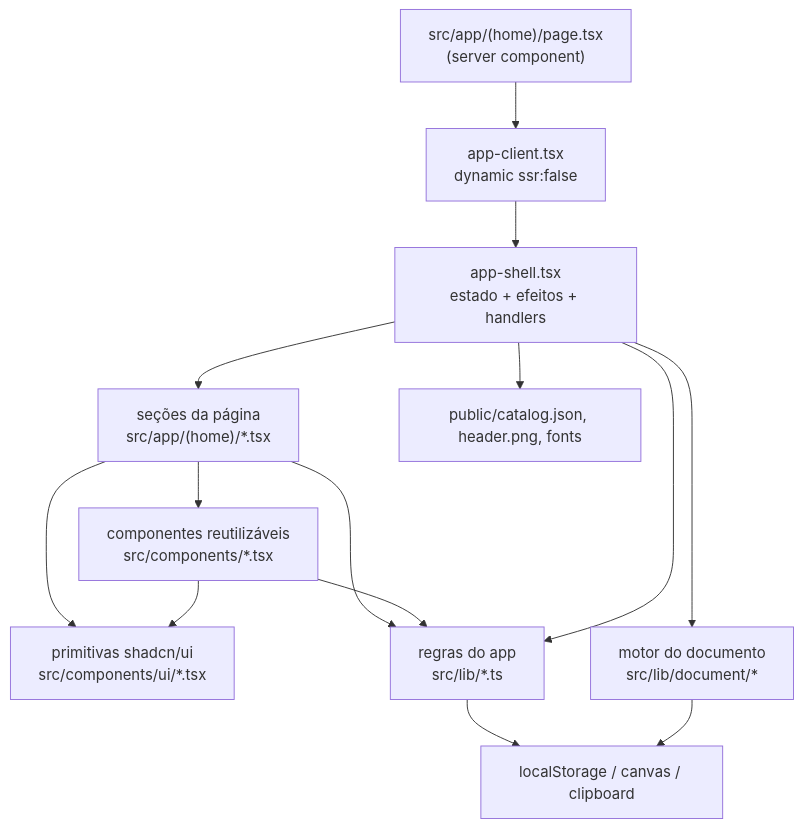
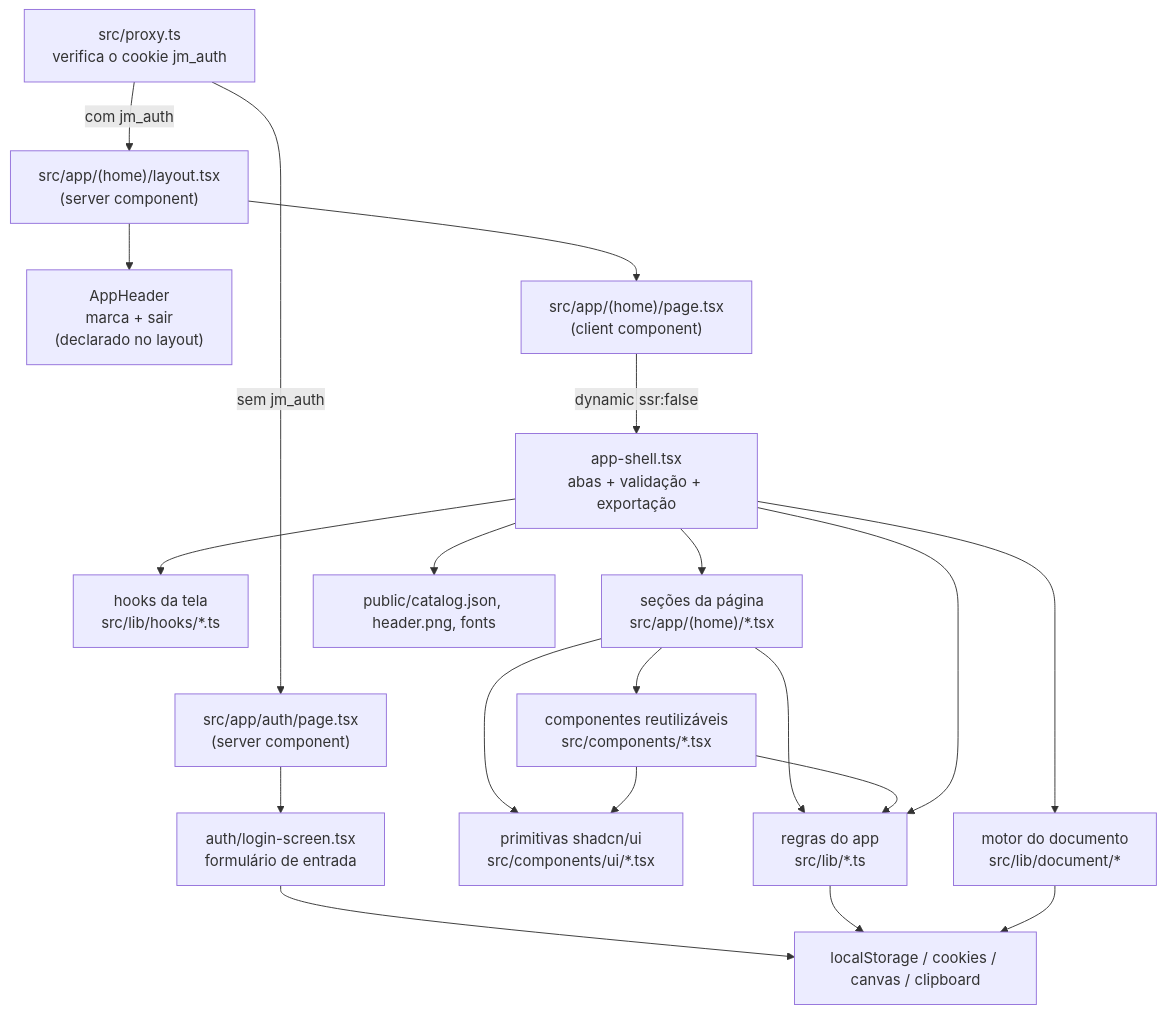
The first of 2 diagrams in docs/ARCHITECTURE.md (mariaamelco/site-para-or-amento), drawn with Mermaid before and after one commit. The commit also changed other lines of this file and 31 other files, not shown here.

Commit message:
fix: improving the architecture

````diff
--- a/docs/ARCHITECTURE.md
+++ b/docs/ARCHITECTURE.md
@@ -25,26 +27,37 @@
 ```mermaid
 flowchart TD
-  Page["src/app/(home)/page.tsx<br/>(server component)"]
-  Client["app-client.tsx<br/>dynamic ssr:false"]
-  Shell["app-shell.tsx<br/>estado + efeitos + handlers"]
+  Proxy["src/proxy.ts<br/>verifica o cookie jm_auth"]
+  Layout["src/app/(home)/layout.tsx<br/>(server component)"]
+  Header["AppHeader<br/>marca + sair<br/>(declarado no layout)"]
+  Page["src/app/(home)/page.tsx<br/>(client component)"]
+  Auth["src/app/auth/page.tsx<br/>(server component)"]
+  Login["auth/login-screen.tsx<br/>formulário de entrada"]
+  Shell["app-shell.tsx<br/>abas + validação + exportação"]
+  Hooks["hooks da tela<br/>src/lib/hooks/*.ts"]
   Sections["seções da página<br/>src/app/(home)/*.tsx"]
   Shared["componentes reutilizáveis<br/>src/components/*.tsx"]
   UI["primitivas shadcn/ui<br/>src/components/ui/*.tsx"]
   Lib["regras do app<br/>src/lib/*.ts"]
   Doc["motor do documento<br/>src/lib/document/*"]
-  Browser["localStorage / canvas / clipboard"]
+  Browser["localStorage / cookies / canvas / clipboard"]
   Static["public/catalog.json, header.png, fonts"]
 
-  Page --> Client --> Shell
+  Proxy -->|sem jm_auth| Auth --> Login
+  Proxy -->|com jm_auth| Layout
+  Layout --> Header
+  Layout --> Page
+  Login --> Browser
+  Page -->|dynamic ssr:false| Shell
+  Shell --> Hooks
   Shell --> Sections
   Sections --> Shared
   Sections --> Lib
   Shared --> Lib
   Shell --> Lib
   Shell --> Doc
   Sections --> UI
   Shared --> UI
   Lib --> Browser
   Doc --> Browser
   Shell --> Static
 ```
````
